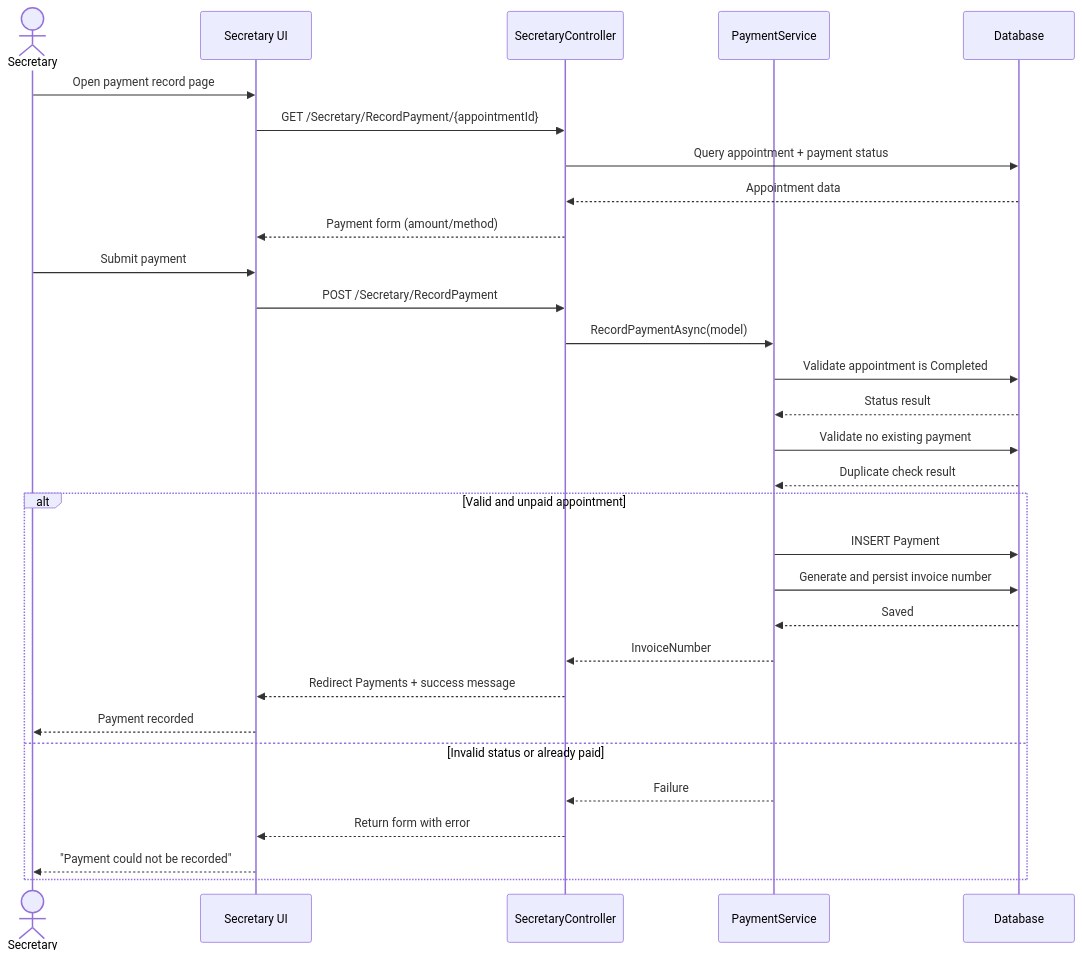
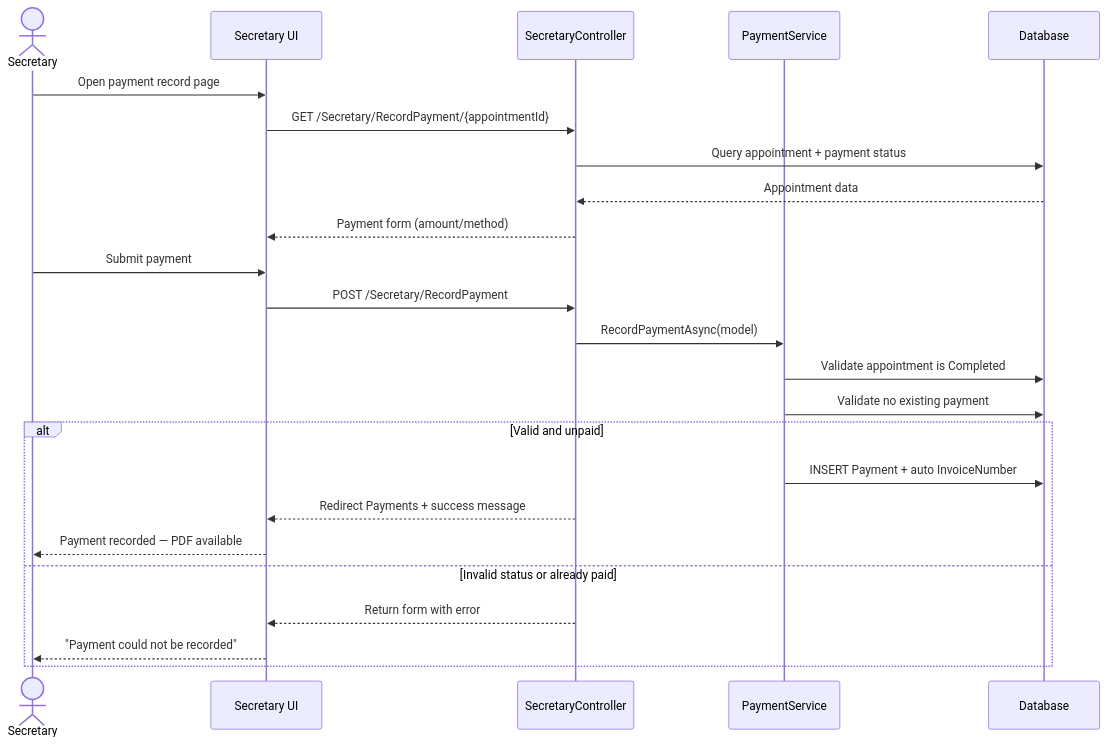
Before and after one commit to 1sevvalyesilyurt/dentacare: the sixth of 10 diagrams in Dental_Rapor.md, drawn with Mermaid. The commit also changed other lines of this file and 1 other file, not shown here.

````diff
--- a/Dental_Rapor.md
+++ b/Dental_Rapor.md
@@ -737,35 +662,29 @@
 ```mermaid
 sequenceDiagram
     actor Secretary
     participant UI as Secretary UI
     participant Ctrl as SecretaryController
     participant Svc as PaymentService
     participant DB as Database
 
     Secretary->>UI: Open payment record page
     UI->>Ctrl: GET /Secretary/RecordPayment/{appointmentId}
     Ctrl->>DB: Query appointment + payment status
     DB-->>Ctrl: Appointment data
     Ctrl-->>UI: Payment form (amount/method)
 
     Secretary->>UI: Submit payment
     UI->>Ctrl: POST /Secretary/RecordPayment
     Ctrl->>Svc: RecordPaymentAsync(model)
     Svc->>DB: Validate appointment is Completed
-    DB-->>Svc: Status result
     Svc->>DB: Validate no existing payment
-    DB-->>Svc: Duplicate check result
 
-    alt Valid and unpaid appointment
-        Svc->>DB: INSERT Payment
-        Svc->>DB: Generate and persist invoice number
-        DB-->>Svc: Saved
-        Svc-->>Ctrl: InvoiceNumber
+    alt Valid and unpaid
+        Svc->>DB: INSERT Payment + auto InvoiceNumber
         Ctrl-->>UI: Redirect Payments + success message
-        UI-->>Secretary: Payment recorded
+        UI-->>Secretary: Payment recorded — PDF available
     else Invalid status or already paid
-        Svc-->>Ctrl: Failure
         Ctrl-->>UI: Return form with error
         UI-->>Secretary: "Payment could not be recorded"
     end
 ```
````
